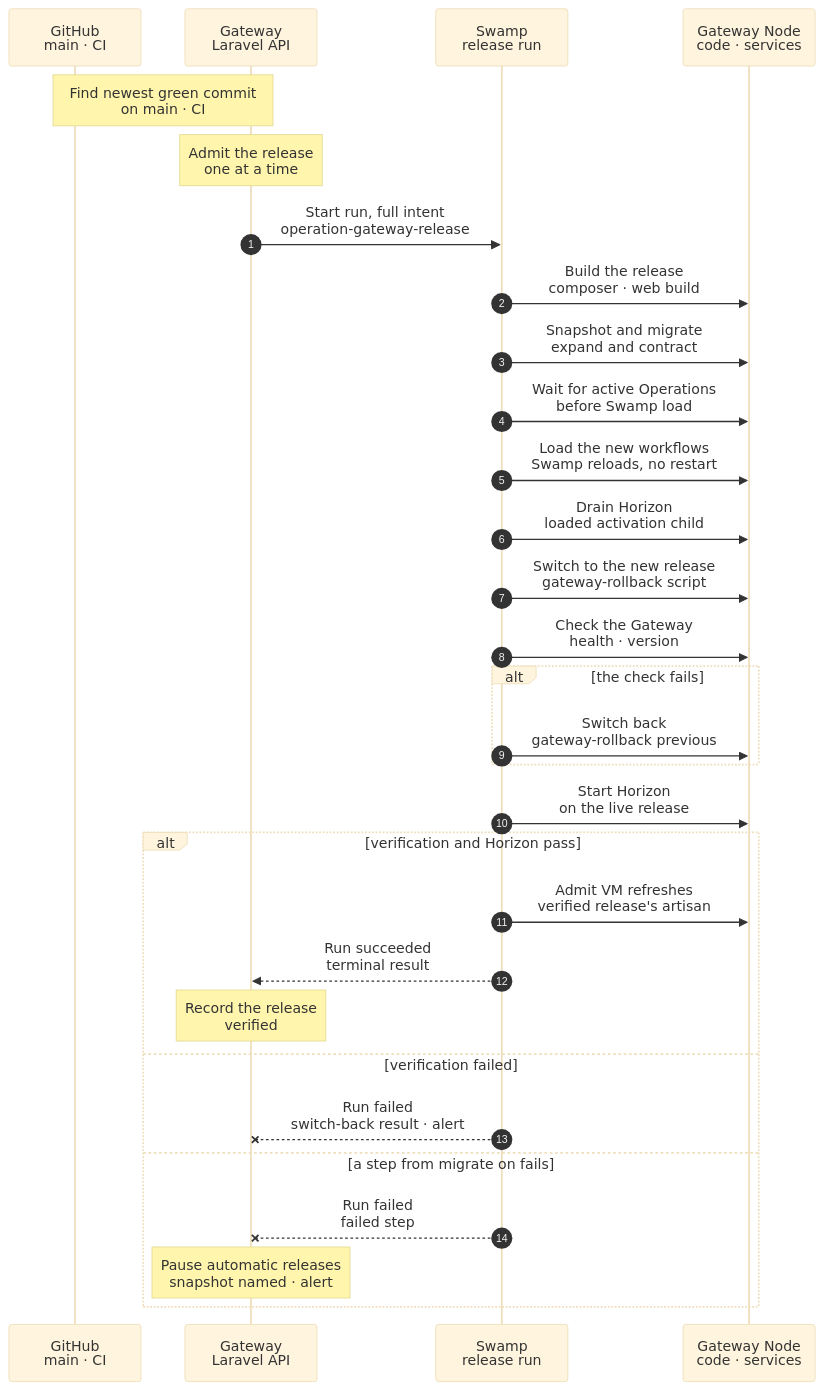
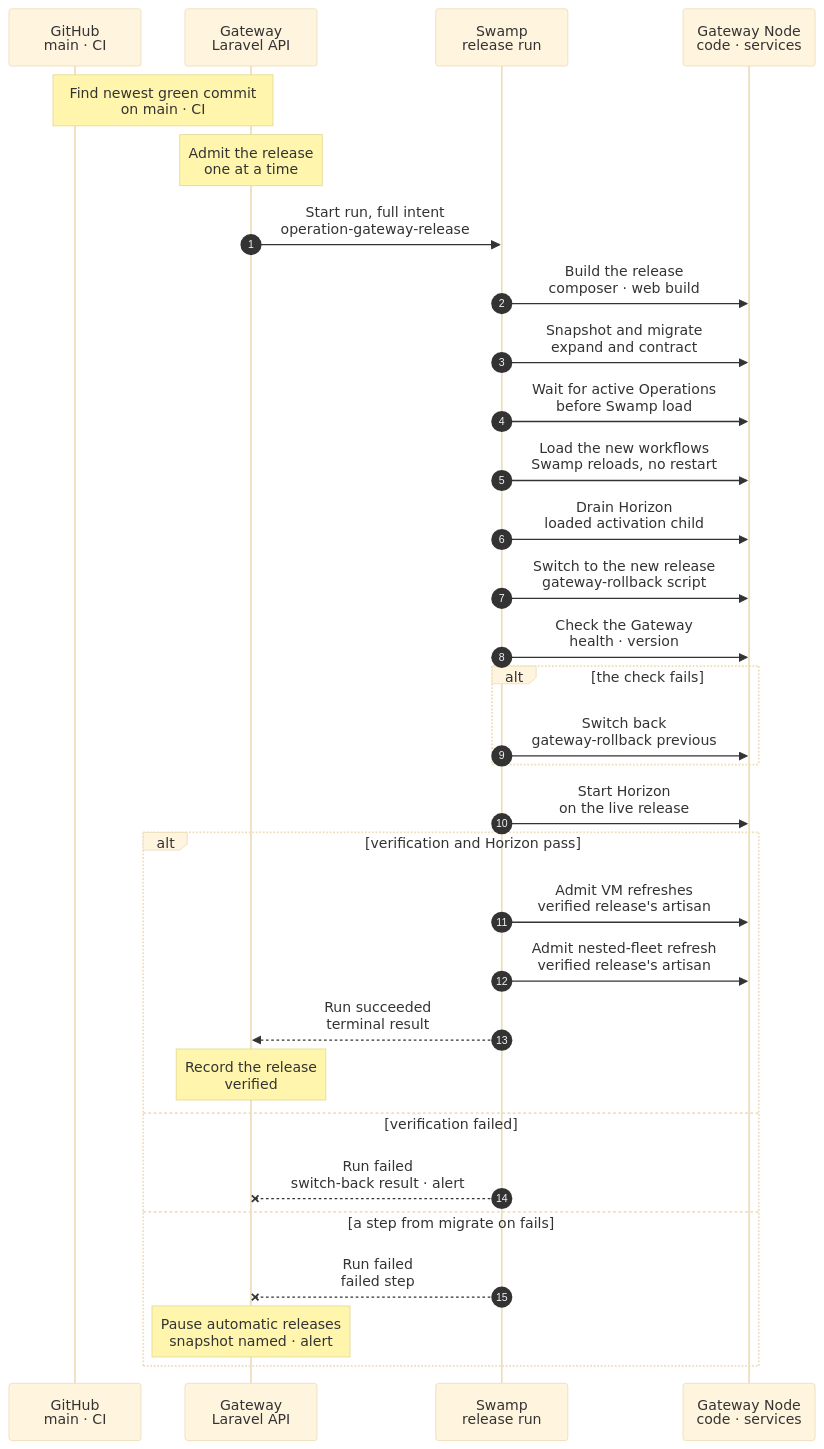
The diagram in docs/reference/pipeline/5-automatic-release.mmd (hardimpactdev/orbit), drawn with Mermaid (base theme) before and after one commit. The commit also changed 50 other files, not shown here.

First line of the commit message:
feat(instances): refresh the nested-fleet default after each release (F3 release hook) (#3562)

```diff
--- a/docs/reference/pipeline/5-automatic-release.mmd
+++ b/docs/reference/pipeline/5-automatic-release.mmd
@@ -1,85 +1,88 @@
 sequenceDiagram
   %% Target design: stage 5 of the command development pipeline (feature-flow section 6, gateway-recovery "Automatic releases"). A merged green commit gets an automatic Swamp release run when automatic releases are enabled and unpaused; a failed check switches back. The steps of the run itself are in the chart gateway:release:deploy. No fleet test follows a release.
   %% status: draft
   %% command: development pipeline stage 5 · automatic Swamp release
   %% kind: pipeline.5-automatic-release
   autonumber
   %% lane GH icon=server pill=CI tone=blue
   %% lane GW icon=gateway pill=intent tone=blue
   %% lane SW icon=workflow pill=executes tone=green
   %% lane GN icon=server pill=target tone=amber
   participant GH as GitHub<br/>main · CI
   participant GW as Gateway<br/>Laravel API
   participant SW as Swamp<br/>release run
   participant GN as Gateway Node<br/>code · services
   Note over GW,GH: Find newest green commit<br/>on main · CI
   %%> Built:
   %%> - the Gateway looks every five minutes while automatic releases are on, and reads CI through its GitHub App; the merges of those five minutes go out in one release of the newest green commit
   %%> What it accepts:
   %%> - a run of `ci.yml` on `main`, with `Main delivery checks`, its main `Required checks` result and `Gateway release inputs` green; duplicate main fixtures and Main full set report independently and never block delivery
   %%> - a run from a fork, a PR or another workflow does not count
   Note over GW: Admit the release<br/>one at a time
   %%> Requirements:
   %%> - no other release queued or running, and automatic releases not paused
   %%> - the agent pin passes its Sigstore check; CI published the web build
   %%> Why:
   %%> - several merges can land during a release; the next run takes only the newest commit
   %%> Result:
   %%> - a running release record; the pin, artifact and targets are frozen as inputs
   GW->>SW: Start run, full intent<br/>operation-gateway-release
   %%> Why:
   %%> - the Gateway records intent only; Swamp executes. Detail of every step: chart `gateway:release:deploy`
   SW->>GN: Build the release<br/>composer · web build
   %%> What it does:
   %%> - refuses a commit that does not descend from the current release
   %%> - installs dependencies and the web build, and seals the release
   SW->>GN: Snapshot and migrate<br/>expand and contract
   %%> What it does:
   %%> - writes a database snapshot, then migrates while the old release still serves
   %%> - old code must work with the new schema
   SW->>GN: Wait for active Operations<br/>before Swamp load
   %%> What it does:
   %%> - checks release-blocking Operations while the old release and Horizon serve; force does not bypass it
   %%> - a busy timeout refuses with `gateway.release_busy`; no Swamp load or activation follows
   SW->>GN: Load the new workflows<br/>Swamp reloads, no restart
   %%> Why:
   %%> - the switch then runs the new commit's own steps
   SW->>GN: Drain Horizon<br/>loaded activation child
   %%> On failure:
   %%> - no switch follows a failed drain; Start Horizon still runs
   SW->>GN: Switch to the new release<br/>gateway-rollback script
   %%> What it does:
   %%> - switches the links, reloads PHP-FPM, restarts the running services; a failed switch still reaches Start Horizon
   SW->>GN: Check the Gateway<br/>health · version
   %%> What it does:
   %%> - reads the health endpoint and the status version of the Gateway
   alt the check fails
     SW->>GN: Switch back<br/>gateway-rollback previous
     %%> What it does:
     %%> - returns to the previous release without Swamp; a failed switch-back reports its own error
   end
   SW->>GN: Start Horizon<br/>on the live release
   %%> What it does:
   %%> - always runs after activation paths, including failed drain, switch, verification or switch-back; skips only when no Horizon unit is configured
   %%> - a failed start admits no refresh
   alt verification and Horizon pass
     SW->>GN: Admit VM refreshes<br/>verified release's artisan
     %%> What it does:
     %%> - also permits a skipped Horizon start; admission is best effort and never waits for refresh completion (stage 6)
+    SW->>GN: Admit nested-fleet refresh<br/>verified release's artisan
+    %%> What it does:
+    %%> - admits the deployment of each nested-fleet default to the release commit, best effort; with none it admits nothing (stage 6)
     SW-->>GW: Run succeeded<br/>terminal result
     Note over GW: Record the release<br/>verified
     %%> Result:
     %%> - the Gateway admits the [Fleet rollout](/reference/gateway-recovery#fleet-rollout), and a daily pass at 03:05 Amsterdam visits the Nodes it deferred
-    %%> - no fleet test follows a release; development defaults are not deployed by it
+    %%> - no fleet test follows a release; development defaults are not deployed by it, except the refresh of the nested-fleet default (stage 6)
   else verification failed
     SW--xGW: Run failed<br/>switch-back result · alert
     %%> Result:
     %%> - the Gateway records the failed verification and switch-back outcome; no refresh is admitted
   else a step from migrate on fails
     SW--xGW: Run failed<br/>failed step
     %%> On failure:
     %%> - from migrate on, the old release may be live with a changed schema, so the run stops and names the snapshot
     Note over GW: Pause automatic releases<br/>snapshot named · alert
     %%> Result:
     %%> - restoring the snapshot is an operator action; `gateway:auto-release:resume` clears the pause
   end
```
